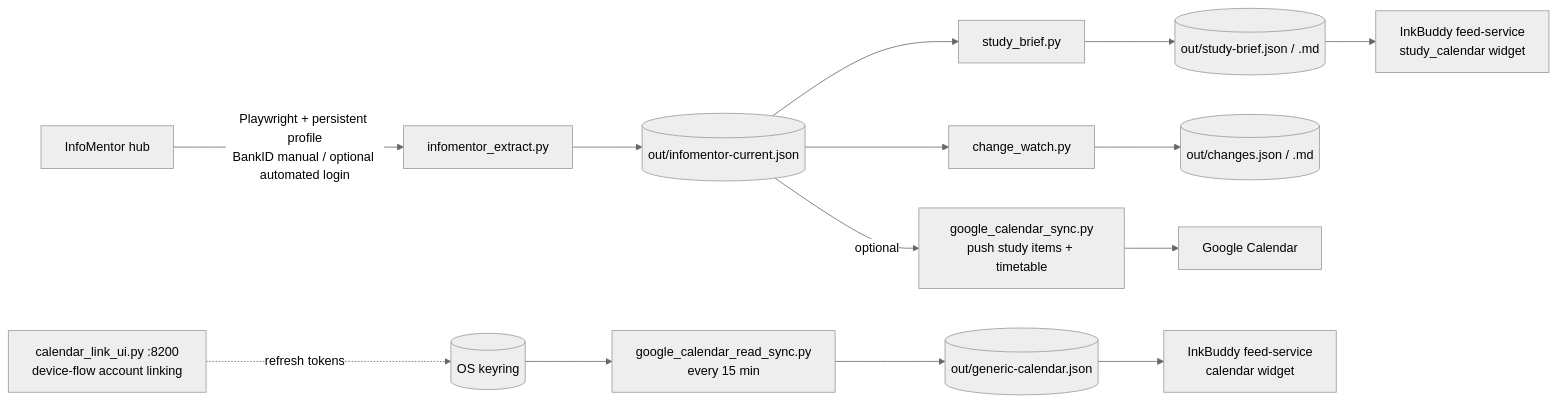
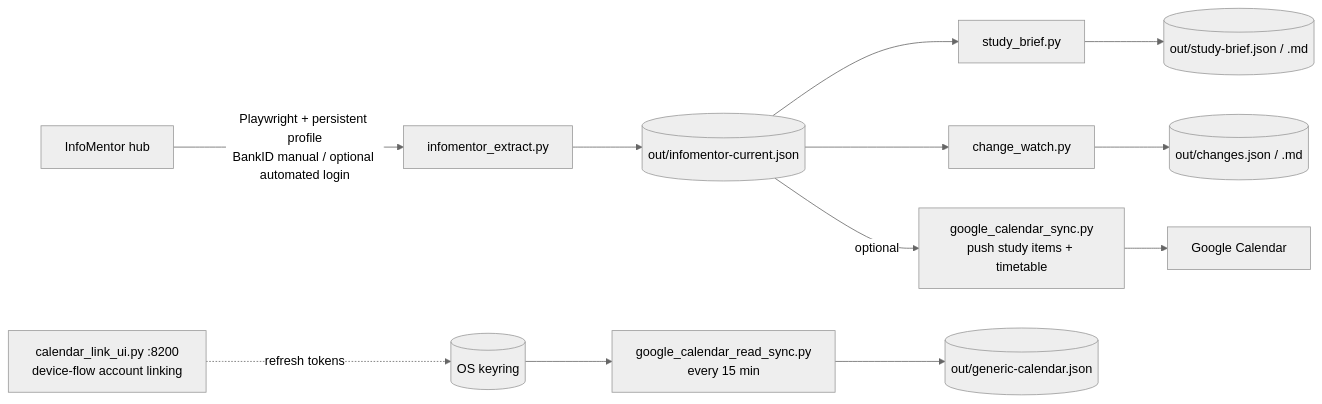
Before and after one commit to gianpag/infobuddy-calendar-sync: the diagram in docs/ARCHITECTURE.md, drawn with Mermaid (neutral theme). The commit also changed other lines of this file and 7 other files, not shown here.

````diff
--- a/docs/ARCHITECTURE.md
+++ b/docs/ARCHITECTURE.md
@@ -8,14 +6,12 @@
 ```mermaid
 flowchart LR
   IM[InfoMentor hub] -->|Playwright + persistent profile<br/>BankID manual / optional automated login| X[infomentor_extract.py]
   X --> N[(out/infomentor-current.json)]
   N --> SB[study_brief.py] --> S[(out/study-brief.json / .md)]
   N --> CW[change_watch.py] --> C[(out/changes.json / .md)]
   N -->|optional| PUSH[google_calendar_sync.py<br/>push study items + timetable]
   PUSH --> GCAL[Google Calendar]
   LUI[calendar_link_ui.py :8200<br/>device-flow account linking] -.refresh tokens.-> KR[(OS keyring)]
   RS[google_calendar_read_sync.py<br/>every 15 min] --> G[(out/generic-calendar.json)]
   KR --> RS
-  S --> INK[InkBuddy feed-service<br/>study_calendar widget]
-  G --> INK2[InkBuddy feed-service<br/>calendar widget]
 ```
````
